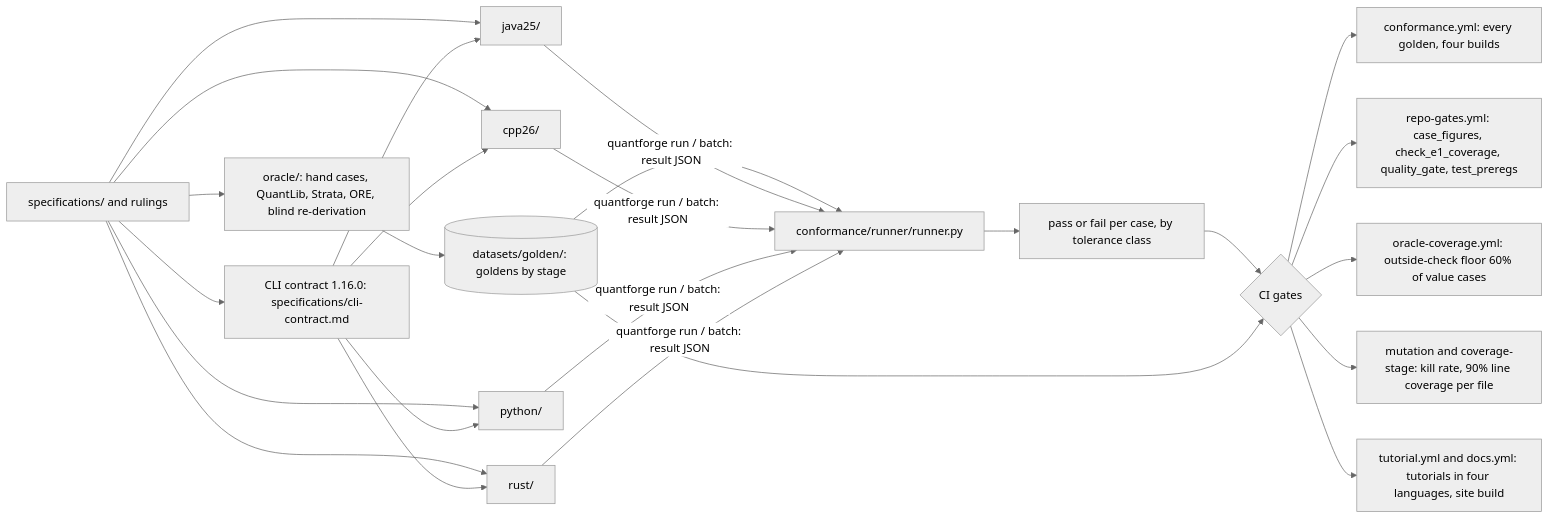
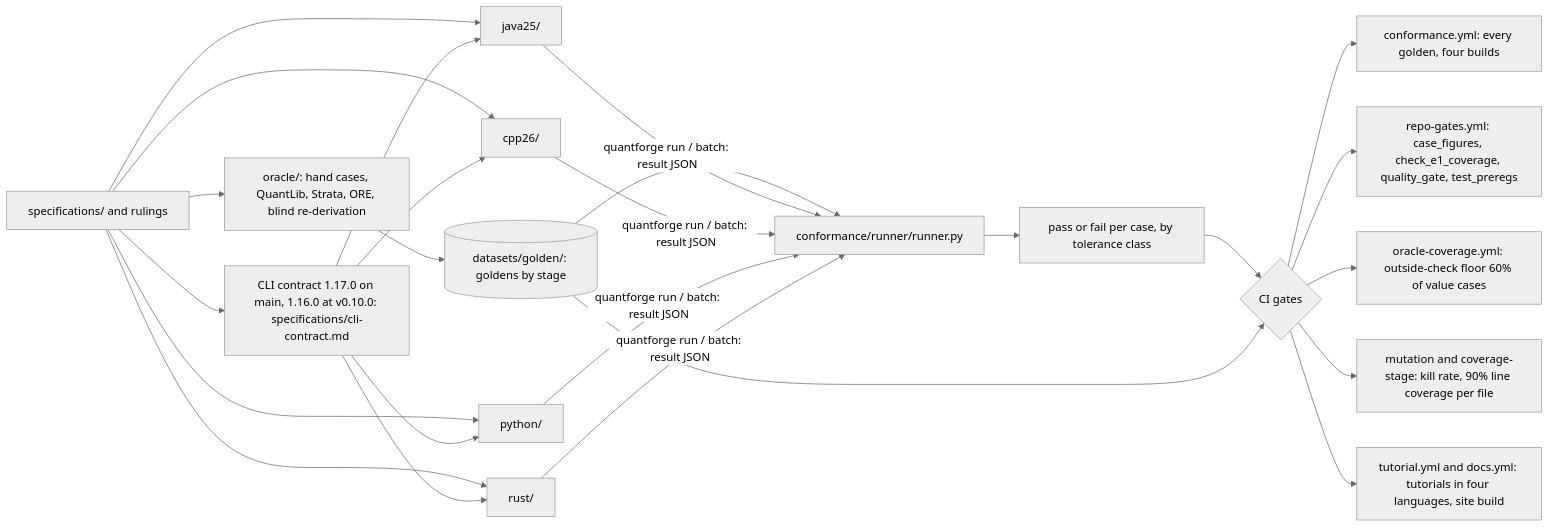
One commit to AshJha0/quantforge changed the diagram in ARCHITECTURE.md. Above: the diagram before and after it, drawn with Mermaid (neutral theme). The commit also changed other lines of this file and 1 other file, not shown here.

Commit message:
ARCHITECTURE: stage K round 1 section (platform pieces, daily jobs, conformance and error order, simulated and placeholder table); three stage K diagrams; domain 12 diagram brought up to date

````diff
--- a/ARCHITECTURE.md
+++ b/ARCHITECTURE.md
@@ -20,20 +20,20 @@
 ```mermaid
 flowchart LR
   accTitle: QuantForge top-level architecture
   accDescr: Specifications and the CLI contract feed the oracle and four separate builds. The oracle writes golden files. The neutral conformance runner removes expected values, sends each case to the Java, C++, Python and Rust command-line programs, and compares their result JSON with the goldens by tolerance class. CI gates check the conformance result, golden counts, outside-check shares, mutation and coverage, tutorials and the docs site.
-  SP[specifications/ and rulings] --> CC[CLI contract 1.16.0: specifications/cli-contract.md]
+  SP[specifications/ and rulings] --> CC[CLI contract 1.17.0 on main, 1.16.0 at v0.10.0: specifications/cli-contract.md]
   SP --> OR[oracle/: hand cases, QuantLib, Strata, ORE, blind re-derivation]
   OR --> GD[(datasets/golden/: goldens by stage)]
   SP --> JV[java25/] & CP[cpp26/] & PY[python/] & RS[rust/]
   CC --> JV & CP & PY & RS
   GD --> RN[conformance/runner/runner.py]
   JV & CP & PY & RS -->|quantforge run / batch: result JSON| RN
   RN --> RP[pass or fail per case, by tolerance class]
   RP --> GT{CI gates}
   GD --> GT
   GT --> G1[conformance.yml: every golden, four builds]
   GT --> G2[repo-gates.yml: case_figures, check_e1_coverage, quality_gate, test_preregs]
   GT --> G3[oracle-coverage.yml: outside-check floor 60% of value cases]
   GT --> G4[mutation and coverage-stage: kill rate, 90% line coverage per file]
   GT --> G5[tutorial.yml and docs.yml: tutorials in four languages, site build]
 ```
````
